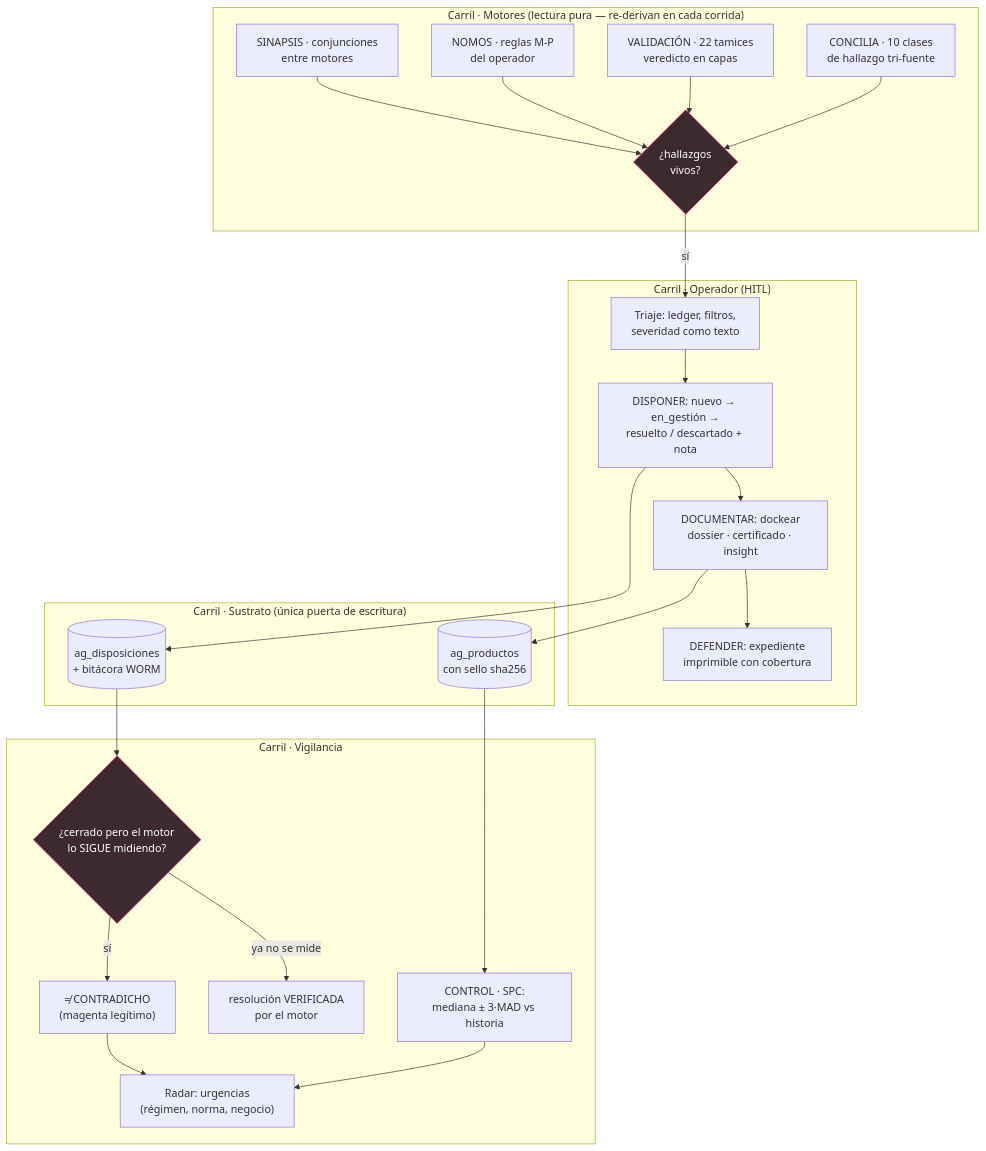
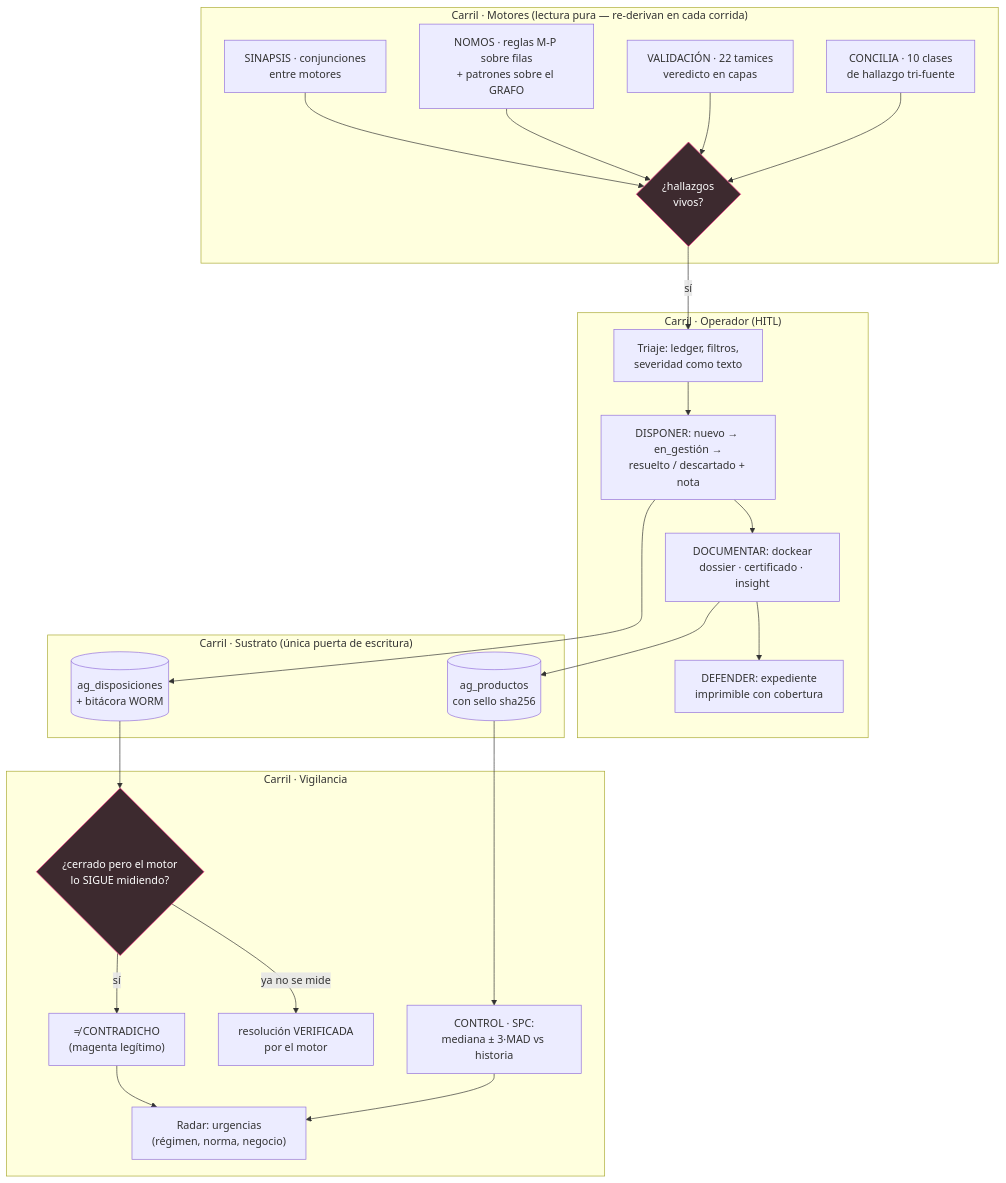
The diagram in docs/architecture/process/investigacion.md (Allogenes-Umwelt/GNOSIS), drawn with Mermaid before and after one commit. The commit also changed other lines of this file and 15 other files, not shown here.

First line of the commit message:
feat(grafo): make time queryable, the bitácora auditable, and rules see the graph

````diff
--- a/docs/architecture/process/investigacion.md
+++ b/docs/architecture/process/investigacion.md
@@ -15,30 +15,30 @@
 ```mermaid
 flowchart TB
     subgraph MOT["Carril · Motores (lectura pura — re-derivan en cada corrida)"]
         M1["CONCILIA · 10 clases<br/>de hallazgo tri-fuente"] --> H{¿hallazgos<br/>vivos?}
         M2["VALIDACIÓN · 22 tamices<br/>veredicto en capas"] --> H
-        M3["NOMOS · reglas M-P<br/>del operador"] --> H
+        M3["NOMOS · reglas M-P sobre filas<br/>+ patrones sobre el GRAFO"] --> H
         M4["SINAPSIS · conjunciones<br/>entre motores"] --> H
     end
     subgraph OP["Carril · Operador (HITL)"]
         H -- sí --> T["Triaje: ledger, filtros,<br/>severidad como texto"]
         T --> D["DISPONER: nuevo → en_gestión →<br/>resuelto / descartado + nota"]
         D --> DOC["DOCUMENTAR: dockear<br/>dossier · certificado · insight"]
         DOC --> DEF["DEFENDER: expediente<br/>imprimible con cobertura"]
     end
     subgraph SUS["Carril · Sustrato (única puerta de escritura)"]
         D --> W[("ag_disposiciones<br/>+ bitácora WORM")]
         DOC --> PR[("ag_productos<br/>con sello sha256")]
     end
     subgraph VIG["Carril · Vigilancia"]
         W --> C1{"¿cerrado pero el motor<br/>lo SIGUE midiendo?"}
         C1 -- sí --> CONTRA["≠ CONTRADICHO<br/>(magenta legítimo)"]
         C1 -- "ya no se mide" --> VER["resolución VERIFICADA<br/>por el motor"]
         PR --> SPC["CONTROL · SPC:<br/>mediana ± 3·MAD vs historia"]
         SPC --> R["Radar: urgencias<br/>(régimen, norma, negocio)"]
         CONTRA --> R
     end
 
     classDef gate fill:#3d2a2f,stroke:#ff2e88,color:#fff
     class H,C1 gate
 ```
````
